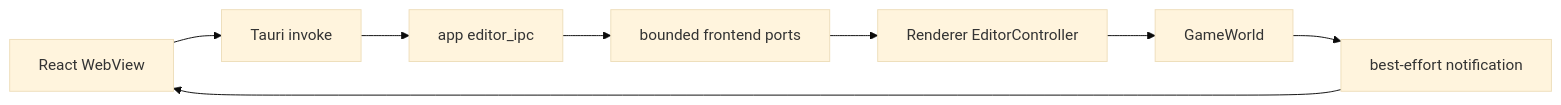
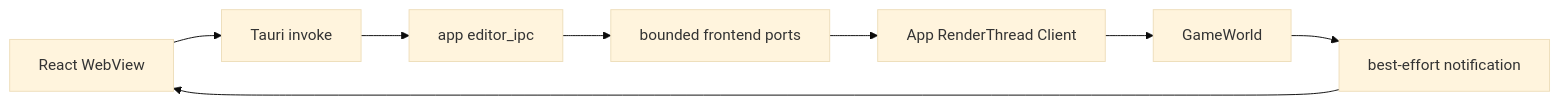
The diagram in docs/design/editor-boundary-and-consistency.md (acccoco/TruvisRenderer), drawn with Mermaid (base theme) before and after one commit. The commit also changed other lines of this file and 25 other files, not shown here.

Commit message:
[update] 将 Truvis 场景与 Editor 业务迁移至 RenderThread App Client（Scene / Editor migration）

````diff
--- a/docs/design/editor-boundary-and-consistency.md
+++ b/docs/design/editor-boundary-and-consistency.md
@@ -9,10 +9,10 @@
 ```mermaid
 flowchart LR
     Web["React WebView"] --> Invoke["Tauri invoke"]
     Invoke --> App["app editor_ipc"]
     App --> Ports["bounded frontend ports"]
-    Ports --> Controller["Renderer EditorController"]
+    Ports --> Controller["App RenderThread Client"]
     Controller --> World["GameWorld"]
     World --> Notify["best-effort notification"]
     Notify --> Web
 ```
````
